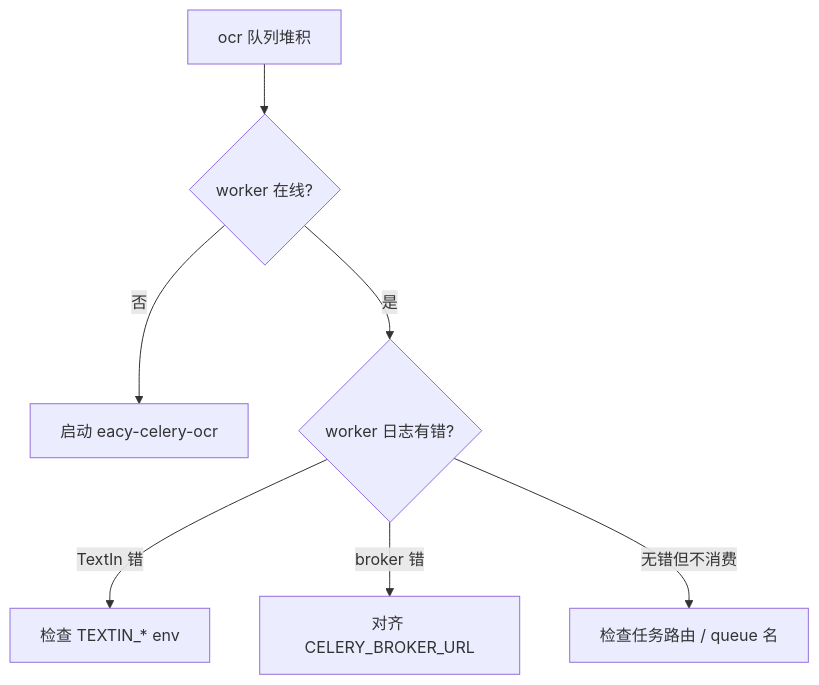
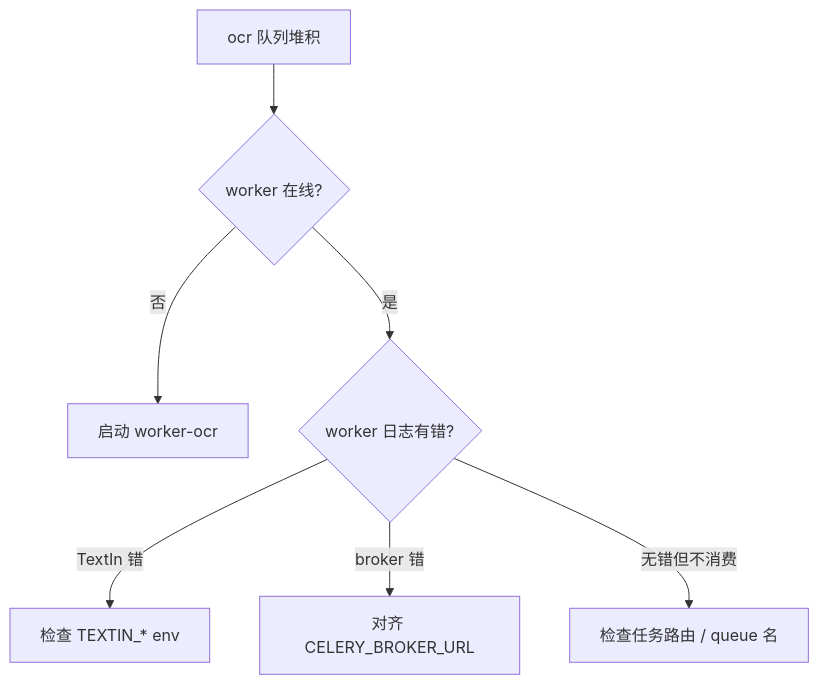
Before and after one commit to HFHL/eacy_project: the first of 6 diagrams in delivery/07_部署与运维/常见故障排查.md, drawn with Mermaid. The commit also changed other lines of this file and 287 other files, not shown here.

````diff
--- a/delivery/07_部署与运维/常见故障排查.md
+++ b/delivery/07_部署与运维/常见故障排查.md
@@ -49,9 +49,9 @@
 ```mermaid
 flowchart TD
     A[ocr 队列堆积] --> B{worker 在线?}
-    B -->|否| C[启动 eacy-celery-ocr]
+    B -->|否| C[启动 worker-ocr]
     B -->|是| D{worker 日志有错?}
     D -->|TextIn 错| E[检查 TEXTIN_* env]
     D -->|broker 错| F[对齐 CELERY_BROKER_URL]
     D -->|无错但不消费| G[检查任务路由 / queue 名]
 ```
````
